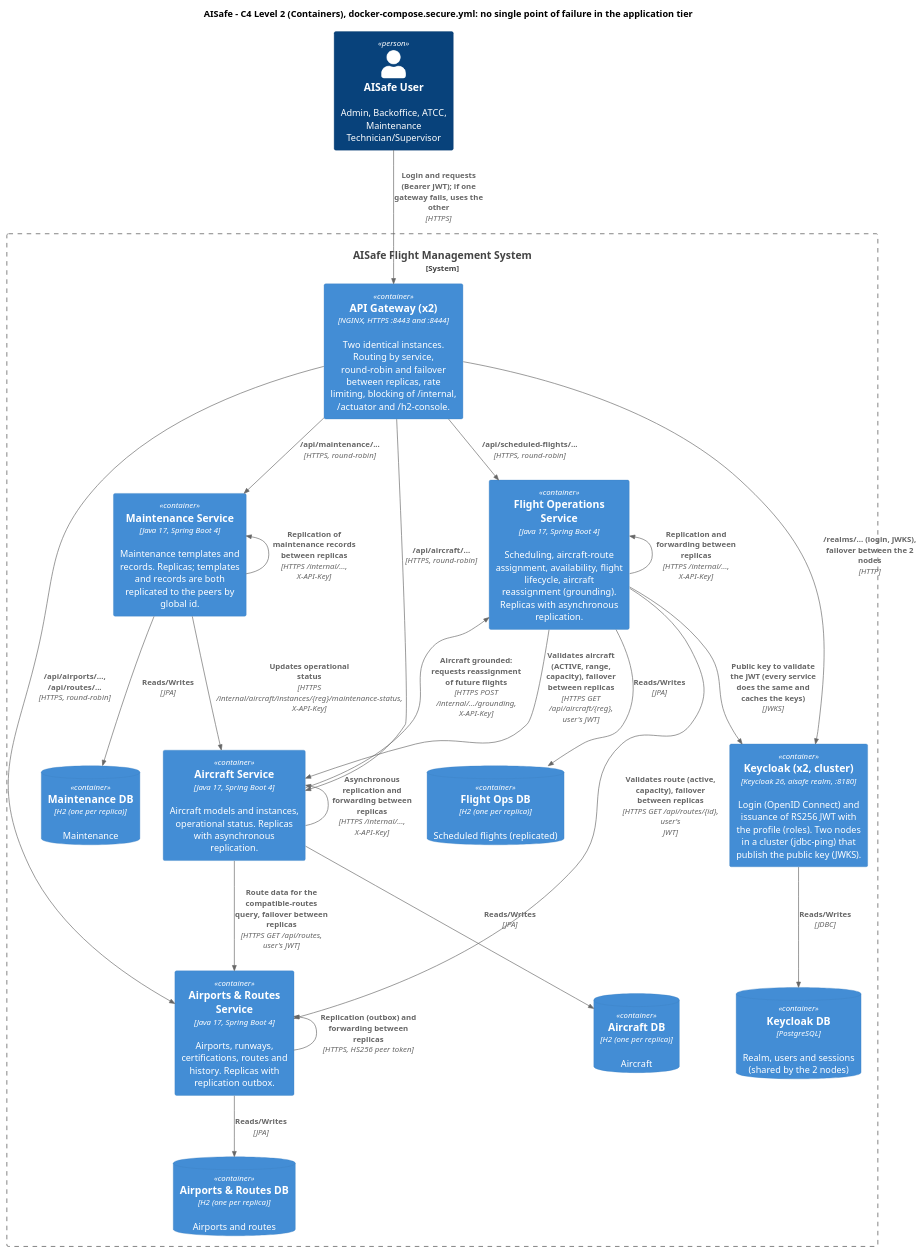
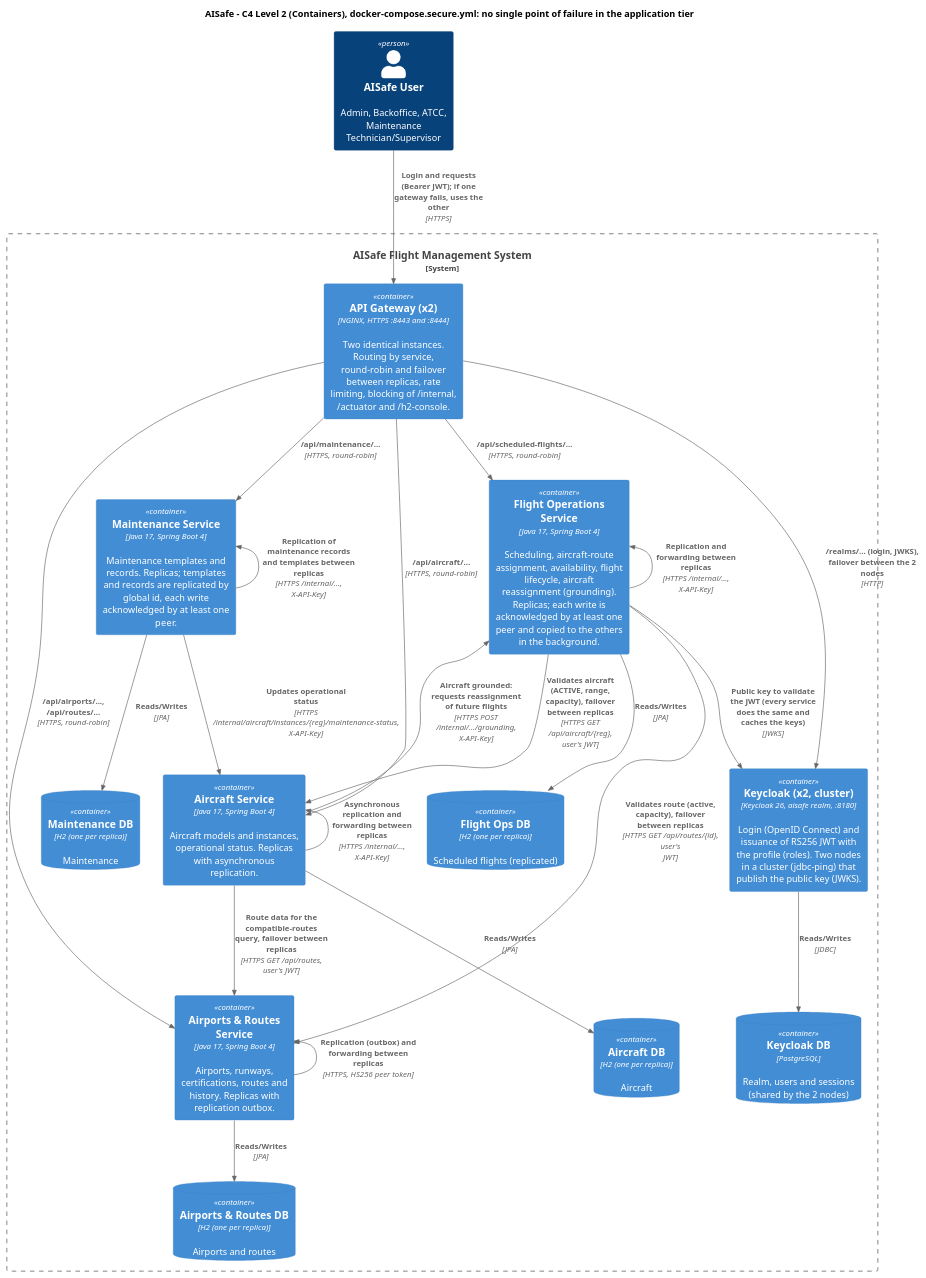
One commit to anamartasilvaa/SIDIG_AI_Safe changed the diagram in docs/SIDIS/c4-container.puml. Above: the diagram before and after it, drawn with PlantUML. The commit also changed 3 other files, not shown here.

Commit message:
gitignore + diagramas "limpos"

```diff
--- a/docs/SIDIS/c4-container.puml
+++ b/docs/SIDIS/c4-container.puml
@@ -1,49 +1,49 @@
 @startuml c4-container
 !include <C4/C4_Container>
 LAYOUT_TOP_DOWN()
 
 title AISafe - C4 Level 2 (Containers), docker-compose.secure.yml: no single point of failure in the application tier
 
 Person(user, "AISafe User", "Admin, Backoffice, ATCC, Maintenance Technician/Supervisor")
 
 System_Boundary(aisafe, "AISafe Flight Management System") {
     Container(gw, "API Gateway (x2)", "NGINX, HTTPS :8443 and :8444", "Two identical instances. Routing by service, round-robin and failover between replicas, rate limiting, blocking of /internal, /actuator and /h2-console.")
     Container(kc, "Keycloak (x2, cluster)", "Keycloak 26, aisafe realm, :8180", "Login (OpenID Connect) and issuance of RS256 JWT with the profile (roles). Two nodes in a cluster (jdbc-ping) that publish the public key (JWKS).")
     ContainerDb(kcdb, "Keycloak DB", "PostgreSQL", "Realm, users and sessions (shared by the 2 nodes)")
 
-    Container(fo, "Flight Operations Service", "Java 17, Spring Boot 4", "Scheduling, aircraft-route assignment, availability, flight lifecycle, aircraft reassignment (grounding). Replicas with asynchronous replication.")
+    Container(fo, "Flight Operations Service", "Java 17, Spring Boot 4", "Scheduling, aircraft-route assignment, availability, flight lifecycle, aircraft reassignment (grounding). Replicas; each write is acknowledged by at least one peer and copied to the others in the background.")
     Container(ar, "Airports & Routes Service", "Java 17, Spring Boot 4", "Airports, runways, certifications, routes and history. Replicas with replication outbox.")
     Container(ac, "Aircraft Service", "Java 17, Spring Boot 4", "Aircraft models and instances, operational status. Replicas with asynchronous replication.")
-    Container(mt, "Maintenance Service", "Java 17, Spring Boot 4", "Maintenance templates and records. Replicas; templates and records are both replicated to the peers by global id.")
+    Container(mt, "Maintenance Service", "Java 17, Spring Boot 4", "Maintenance templates and records. Replicas; templates and records are replicated by global id, each write acknowledged by at least one peer.")
 
     ContainerDb(fodb, "Flight Ops DB", "H2 (one per replica)", "Scheduled flights (replicated)")
     ContainerDb(ardb, "Airports & Routes DB", "H2 (one per replica)", "Airports and routes")
     ContainerDb(acdb, "Aircraft DB", "H2 (one per replica)", "Aircraft")
     ContainerDb(mtdb, "Maintenance DB", "H2 (one per replica)", "Maintenance")
 }
 
 Rel(user, gw, "Login and requests (Bearer JWT); if one gateway fails, uses the other", "HTTPS")
 Rel(gw, kc, "/realms/... (login, JWKS), failover between the 2 nodes", "HTTP")
 Rel(kc, kcdb, "Reads/Writes", "JDBC")
 Rel(gw, fo, "/api/scheduled-flights/...", "HTTPS, round-robin")
 Rel(gw, ar, "/api/airports/..., /api/routes/...", "HTTPS, round-robin")
 Rel(gw, ac, "/api/aircraft/...", "HTTPS, round-robin")
 Rel(gw, mt, "/api/maintenance/...", "HTTPS, round-robin")
 
 Rel(fo, ar, "Validates route (active, capacity), failover between replicas", "HTTPS GET /api/routes/{id}, user's JWT")
 Rel(fo, ac, "Validates aircraft (ACTIVE, range, capacity), failover between replicas", "HTTPS GET /api/aircraft/{reg}, user's JWT")
 Rel(mt, ac, "Updates operational status", "HTTPS /internal/aircraft/instances/{reg}/maintenance-status, X-API-Key")
 Rel(ac, fo, "Aircraft grounded: requests reassignment of future flights", "HTTPS POST /internal/.../grounding, X-API-Key")
 Rel(fo, kc, "Public key to validate the JWT (every service does the same and caches the keys)", "JWKS")
 Rel_L(fo, fo, "Replication and forwarding between replicas", "HTTPS /internal/..., X-API-Key")
 Rel_L(ar, ar, "Replication (outbox) and forwarding between replicas", "HTTPS, HS256 peer token")
 Rel_L(ac, ac, "Asynchronous replication and forwarding between replicas", "HTTPS /internal/..., X-API-Key")
-Rel_L(mt, mt, "Replication of maintenance records between replicas", "HTTPS /internal/..., X-API-Key")
+Rel_L(mt, mt, "Replication of maintenance records and templates between replicas", "HTTPS /internal/..., X-API-Key")
 Rel(ac, ar, "Route data for the compatible-routes query, failover between replicas", "HTTPS GET /api/routes, user's JWT")
 
 Rel(fo, fodb, "Reads/Writes", "JPA")
 Rel(ar, ardb, "Reads/Writes", "JPA")
 Rel(ac, acdb, "Reads/Writes", "JPA")
 Rel(mt, mtdb, "Reads/Writes", "JPA")
 
 @enduml
```
